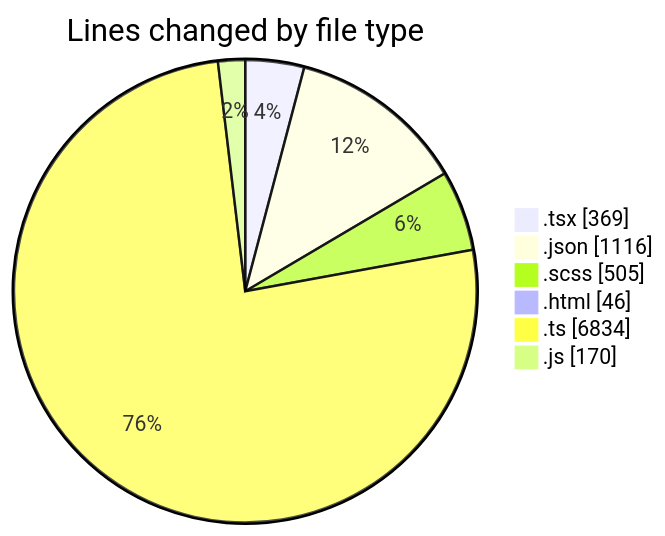
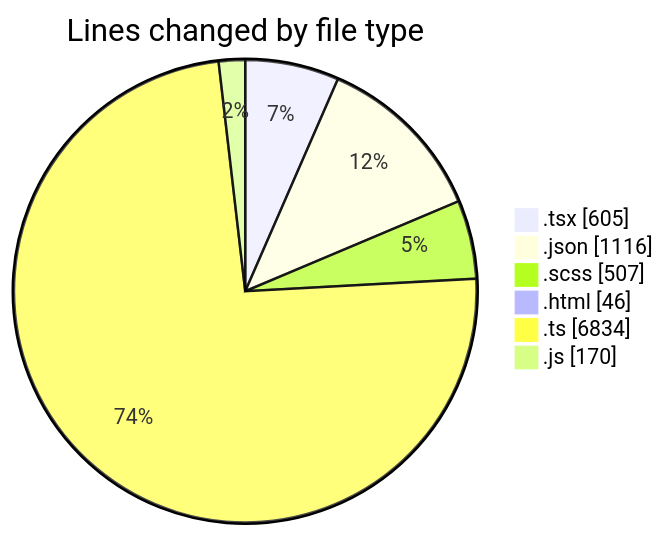
One commit to momahboobian/code-tracking changed the first of 2 diagrams in 2026-04-14/cda/README.md. Above: the diagram before and after it, drawn with Mermaid. The commit also changed other lines of this file and 1 other file, not shown here.

````diff
--- a/2026-04-14/cda/README.md
+++ b/2026-04-14/cda/README.md
@@ -39,10 +40,10 @@
 ```mermaid
 pie showData
 title Lines changed by file type
-".tsx" : 369
+".tsx" : 605
 ".json" : 1116
-".scss" : 505
+".scss" : 507
 ".html" : 46
 ".ts" : 6834
 ".js" : 170
 ```
````
